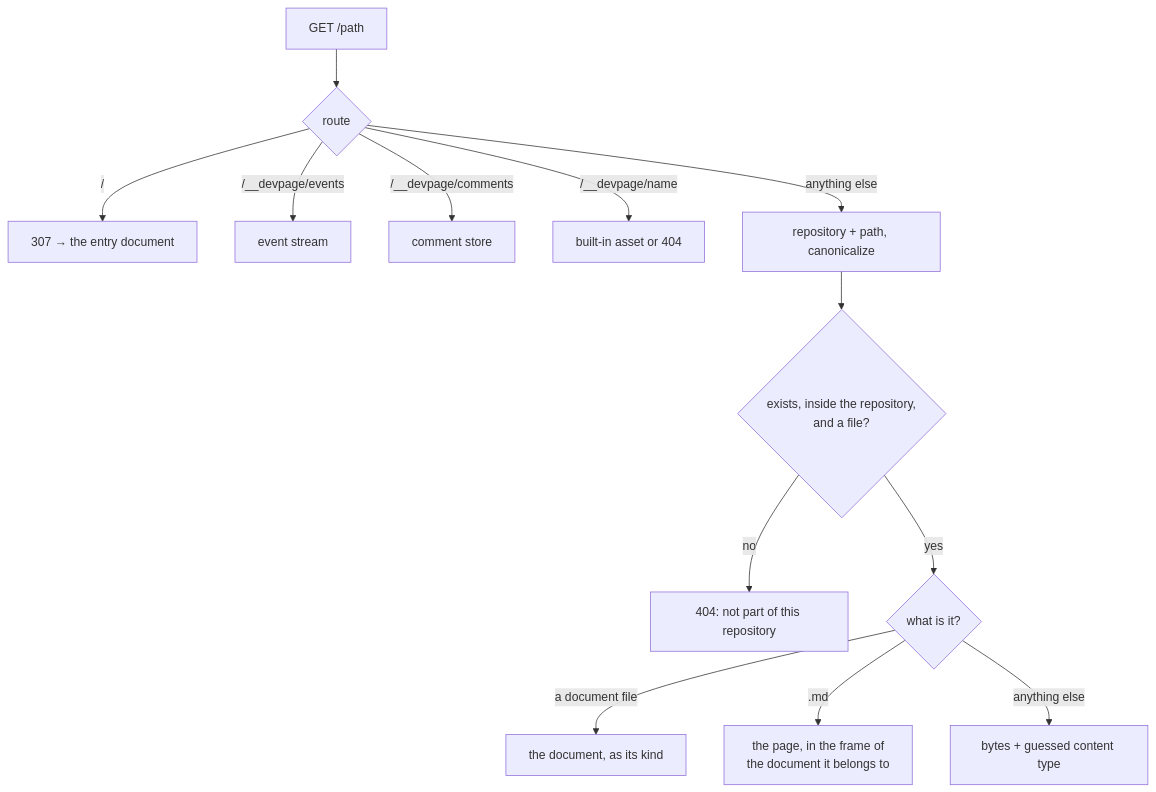
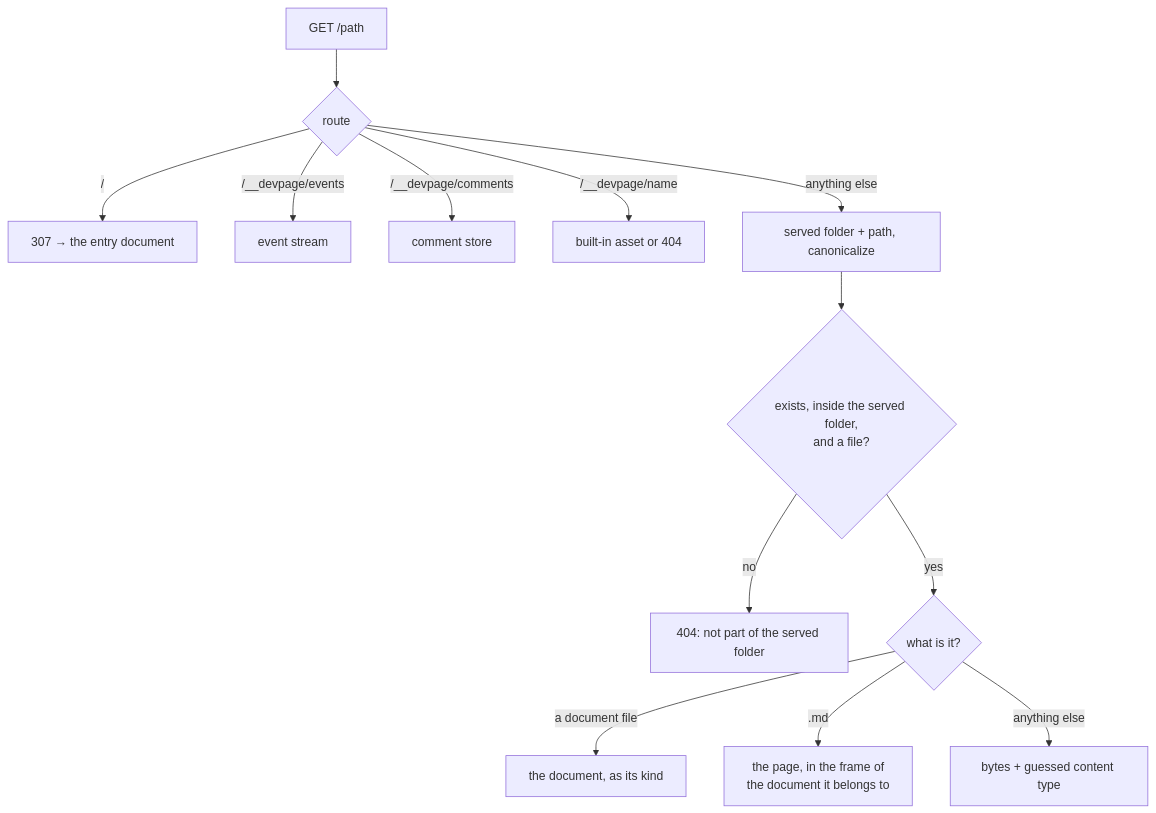
One commit to andrei512/devpage changed the diagram in docs/boxes/viewer/serving-pages/README.md. Above: the diagram before and after it, drawn with Mermaid. The commit also changed other lines of this file and 16 other files, not shown here.

First line of the commit message:
Amend: the served folder is the boundary, and sites can narrow watching

````diff
--- a/docs/boxes/viewer/serving-pages/README.md
+++ b/docs/boxes/viewer/serving-pages/README.md
@@ -10,26 +10,26 @@
 ```mermaid
 flowchart TD
   req["GET /path"] --> route{"route"}
   route -->|"/"| redirect["307 → the entry document"]
   route -->|"/__devpage/events"| sse["event stream"]
   route -->|"/__devpage/comments"| comments["comment store"]
   route -->|"/__devpage/name"| asset["built-in asset or 404"]
-  route -->|"anything else"| resolve["repository + path, canonicalize"]
-  resolve --> inside{"exists, inside the repository,<br/>and a file?"}
-  inside -->|"no"| notfound["404: not part of this repository"]
+  route -->|"anything else"| resolve["served folder + path, canonicalize"]
+  resolve --> inside{"exists, inside the served folder,<br/>and a file?"}
+  inside -->|"no"| notfound["404: not part of the served folder"]
   inside -->|"yes"| kind{"what is it?"}
   kind -->|"a document file"| document["the document, as its kind"]
   kind -->|".md"| page["the page, in the frame of<br/>the document it belongs to"]
   kind -->|"anything else"| raw["bytes + guessed content type"]
   click route href "#routes" "Routes"
   click redirect href "#routes" "Routes"
   click sse href "../live-updates/README.md#the-channel-and-the-stream" "The event stream"
   click comments href "../comments/README.md#under-the-hood" "Comments under the hood"
   click asset href "#built-in-assets" "Built-in assets"
   click resolve href "#the-url-is-the-file-path" "The URL is the file path"
   click inside href "#the-url-is-the-file-path" "Path safety"
   click notfound href "#the-url-is-the-file-path" "Path safety"
   click document href "#which-document-a-file-belongs-to" "Which document a file belongs to"
   click page href "#which-document-a-file-belongs-to" "Which document a file belongs to"
   click raw href "#other-files" "Other files"
 ```
````
